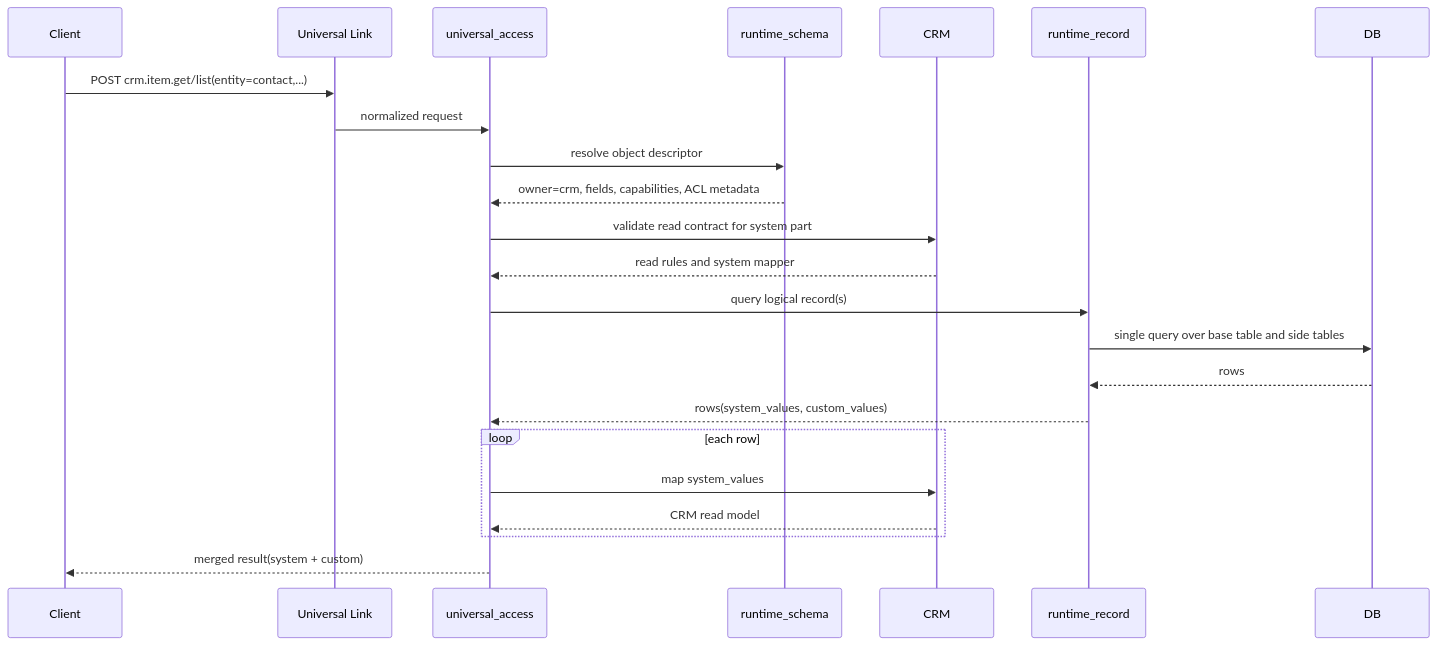
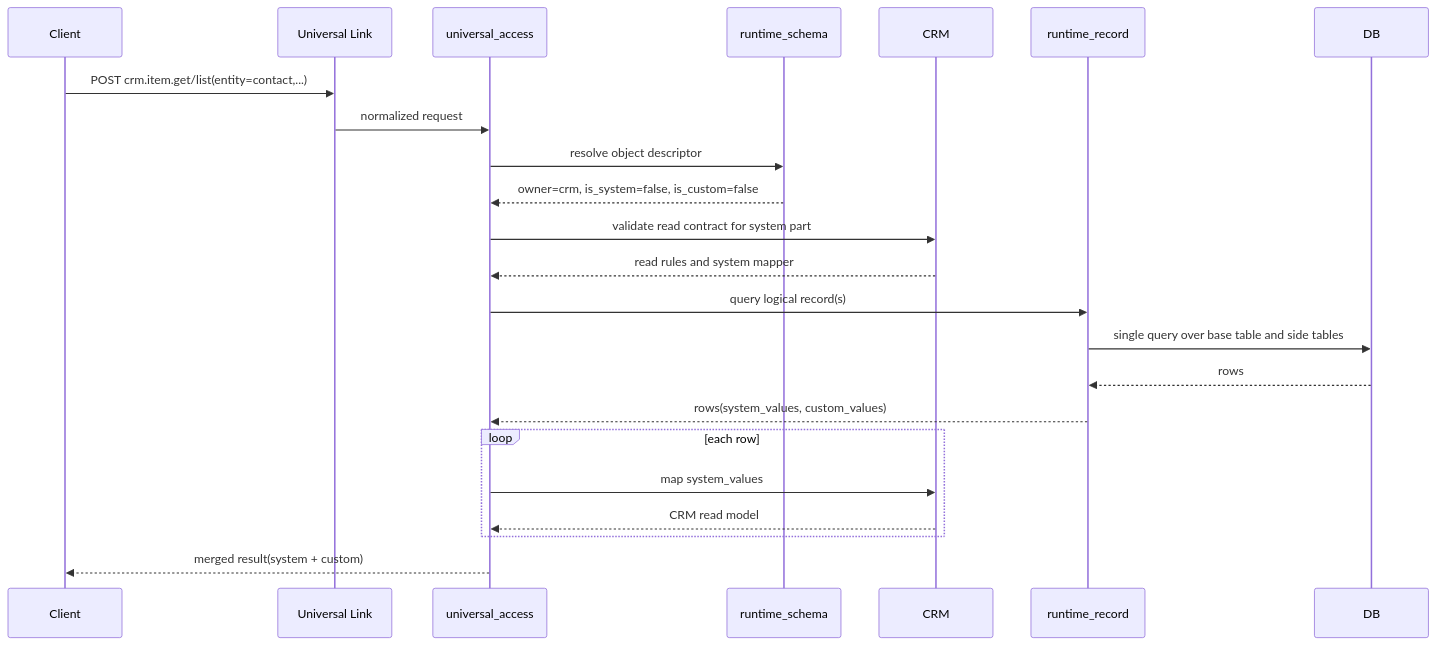
The second of 8 diagrams in docs/design/universal_access_crm_custom_object_flows.md (dinikon/dnk-runtime-core), drawn with Mermaid before and after one commit. The commit also changed other lines of this file and 8 other files, not shown here.

````diff
--- a/docs/design/universal_access_crm_custom_object_flows.md
+++ b/docs/design/universal_access_crm_custom_object_flows.md
@@ -144,26 +355,26 @@
 ```mermaid
 sequenceDiagram
     participant C as Client
     participant UL as Universal Link
     participant UA as universal_access
     participant RS as runtime_schema
     participant CRM as CRM
     participant RR as runtime_record
     participant DB as DB
 
     C->>UL: POST crm.item.get/list(entity=contact,...)
     UL->>UA: normalized request
     UA->>RS: resolve object descriptor
-    RS-->>UA: owner=crm, fields, capabilities, ACL metadata
+    RS-->>UA: owner=crm, is_system=false, is_custom=false
     UA->>CRM: validate read contract for system part
     CRM-->>UA: read rules and system mapper
     UA->>RR: query logical record(s)
     RR->>DB: single query over base table and side tables
     DB-->>RR: rows
     RR-->>UA: rows(system_values, custom_values)
     loop each row
         UA->>CRM: map system_values
         CRM-->>UA: CRM read model
     end
     UA-->>C: merged result(system + custom)
 ```
````
